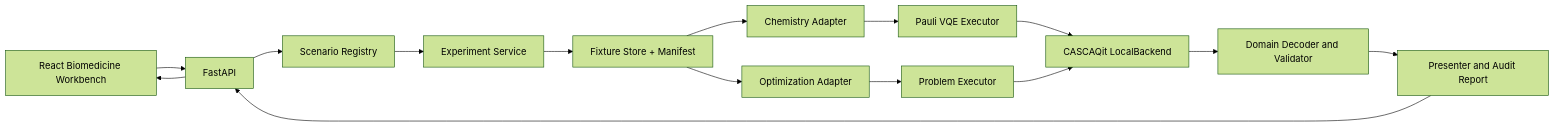
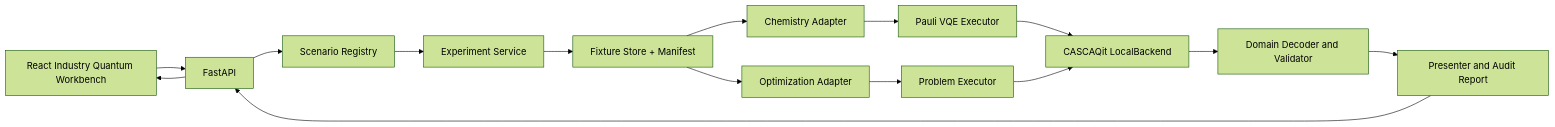
Before and after one commit to CASColdAtom/cascaqit-finance-demo: the diagram in docs/biomedicine_demo_architecture.md, drawn with Mermaid (forest theme). The commit also changed other lines of this file and 1 other file, not shown here.

````diff
--- a/docs/biomedicine_demo_architecture.md
+++ b/docs/biomedicine_demo_architecture.md
@@ -56,23 +58,23 @@
 ```mermaid
 flowchart LR
-    UI[React Biomedicine Workbench]
+    UI[React Industry Quantum Workbench]
     API[FastAPI]
     REG[Scenario Registry]
     SVC[Experiment Service]
     DATA[Fixture Store + Manifest]
     CHEM[Chemistry Adapter]
     OPT[Optimization Adapter]
     VQE[Pauli VQE Executor]
     PROB[Problem Executor]
     SDK[CASCAQit LocalBackend]
     DEC[Domain Decoder and Validator]
     REP[Presenter and Audit Report]
 
     UI --> API --> REG --> SVC
     SVC --> DATA
     DATA --> CHEM --> VQE
     DATA --> OPT --> PROB
     VQE --> SDK
     PROB --> SDK
     SDK --> DEC --> REP --> API --> UI
 ```
````
